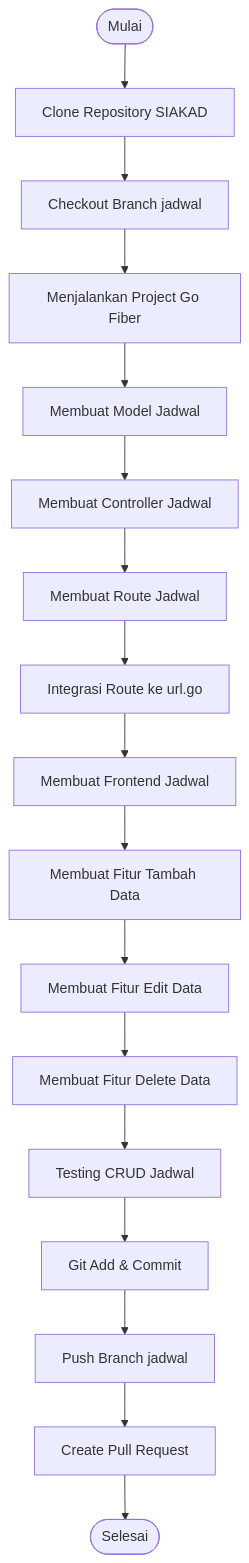
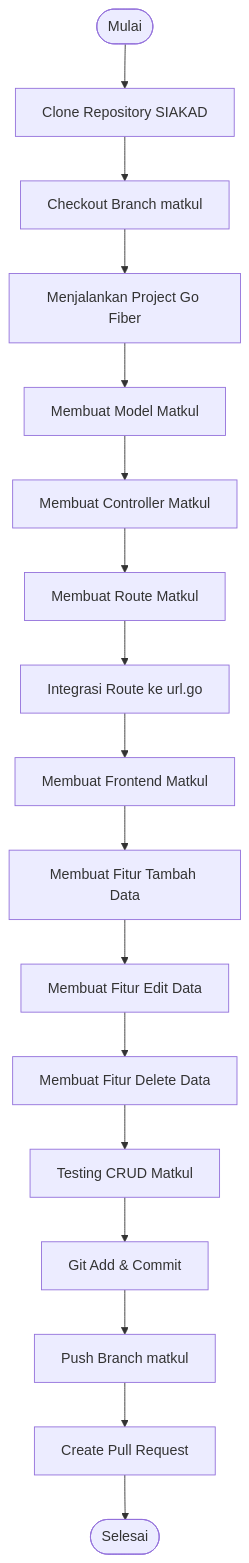
One commit to 24A-TI-ULBI/siakad-2A changed the diagram in README.md. Above: the diagram before and after it, drawn with Mermaid. The commit also changed other lines of this file and 8 other files, not shown here.

Commit message:
refactor: rename jadwal module to matkul

````diff
--- a/README.md
+++ b/README.md
@@ -62,19 +62,19 @@
 ```mermaid
 flowchart TD
     A([Mulai]) --> B[Clone Repository SIAKAD]
-    B --> C[Checkout Branch jadwal]
+    B --> C[Checkout Branch matkul]
     C --> D[Menjalankan Project Go Fiber]
-    D --> E[Membuat Model Jadwal]
-    E --> F[Membuat Controller Jadwal]
-    F --> G[Membuat Route Jadwal]
+    D --> E[Membuat Model Matkul]
+    E --> F[Membuat Controller Matkul]
+    F --> G[Membuat Route Matkul]
     G --> H[Integrasi Route ke url.go]
-    H --> I[Membuat Frontend Jadwal]
+    H --> I[Membuat Frontend Matkul]
     I --> J[Membuat Fitur Tambah Data]
     J --> K[Membuat Fitur Edit Data]
     K --> L[Membuat Fitur Delete Data]
-    L --> M[Testing CRUD Jadwal]
+    L --> M[Testing CRUD Matkul]
     M --> N[Git Add & Commit]
-    N --> O[Push Branch jadwal]
+    N --> O[Push Branch matkul]
     O --> P[Create Pull Request]
     P --> Q([Selesai])
 ```
````
